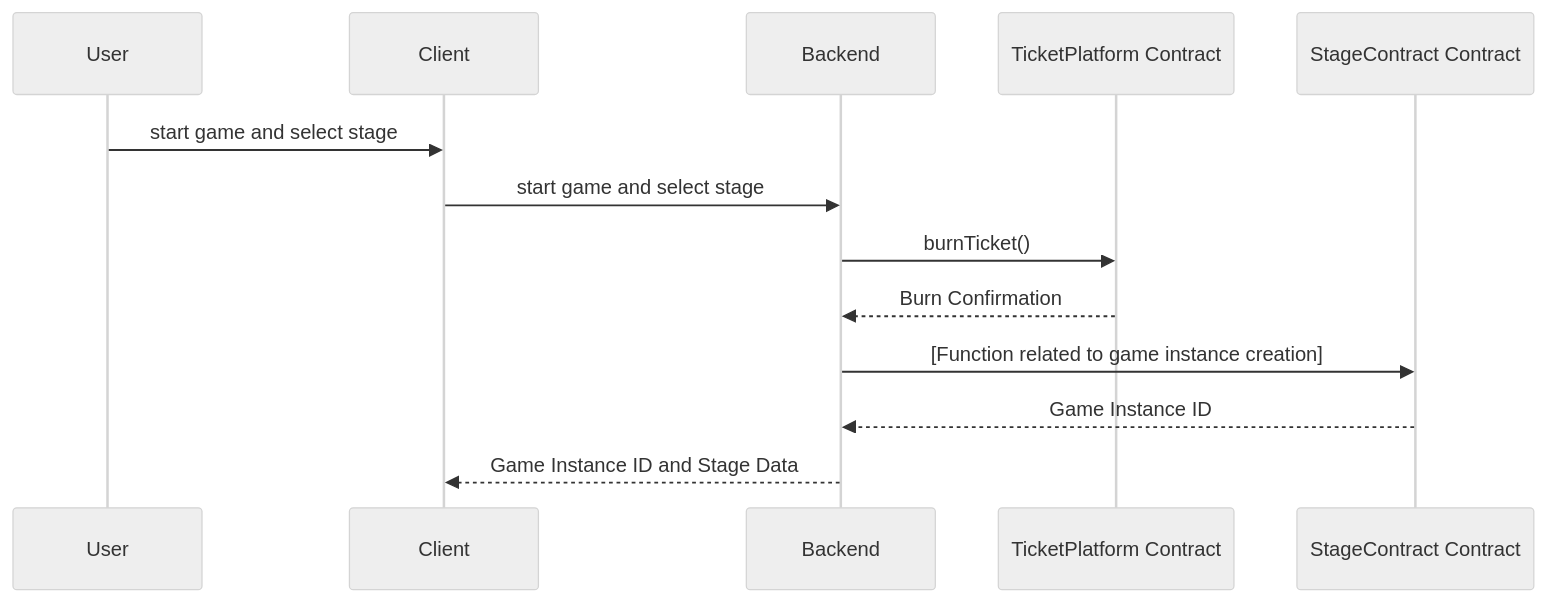
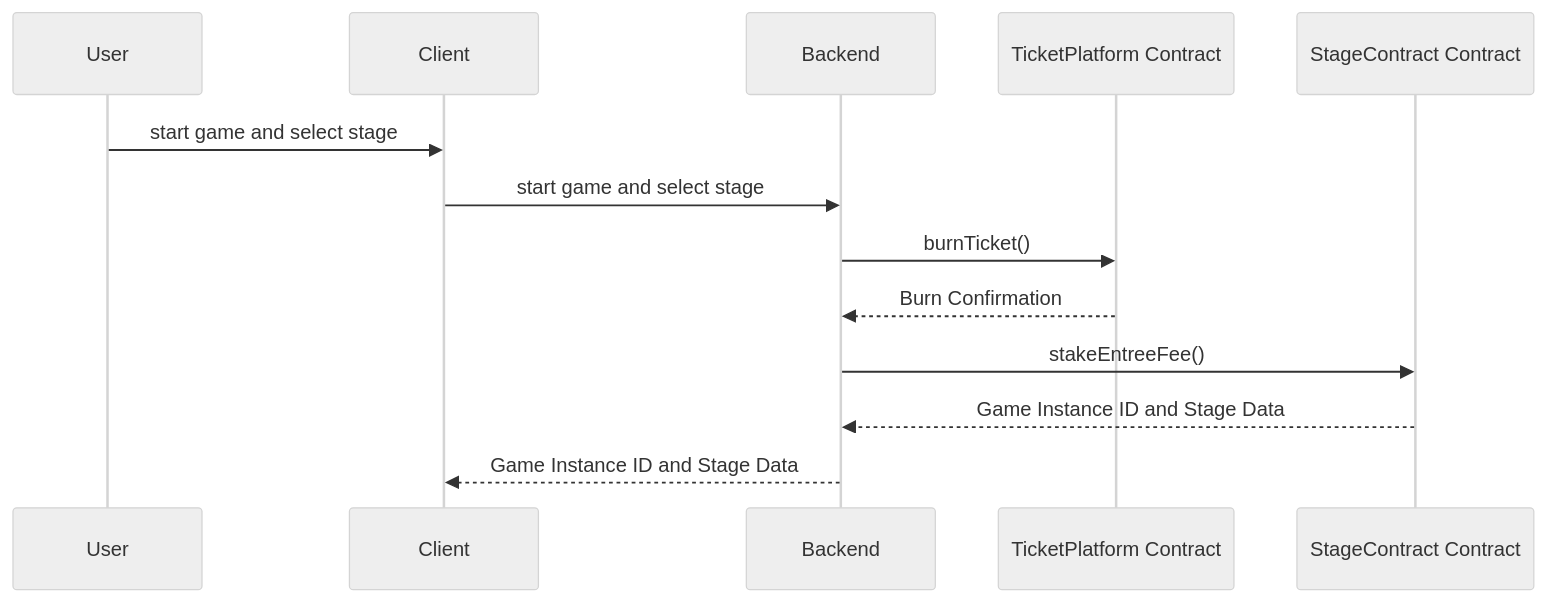
The third of 5 diagrams in mermaid/contract_dat_flow.md (monaou/oasis2023-phasser), drawn with Mermaid (neutral theme) before and after one commit.

Commit message:
fix : md file

````diff
--- a/mermaid/contract_dat_flow.md
+++ b/mermaid/contract_dat_flow.md
@@ -34,17 +34,17 @@
 ```mermaid
 sequenceDiagram
     participant A as User
     participant B as Client
     participant C as Backend
     participant E1 as TicketPlatform Contract
     participant E2 as StageContract Contract
     
     A ->> B: start game and select stage
     B ->> C: start game and select stage
     C ->> E1: burnTicket()
     E1 -->> C: Burn Confirmation
-    C ->> E2: [Function related to game instance creation]
-    E2 -->> C: Game Instance ID
+    C ->> E2: stakeEntreeFee()
+    E2 -->> C: Game Instance ID and Stage Data
     C -->> B: Game Instance ID and Stage Data
 
 ```
````
